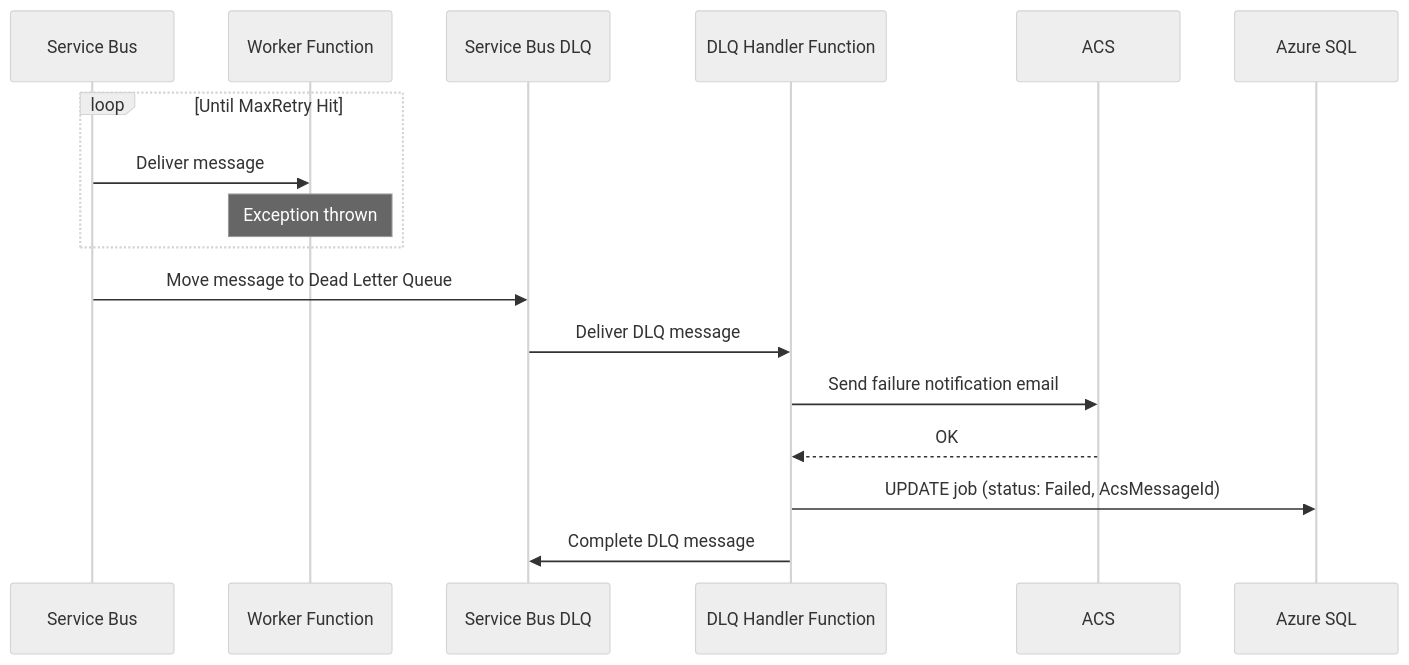
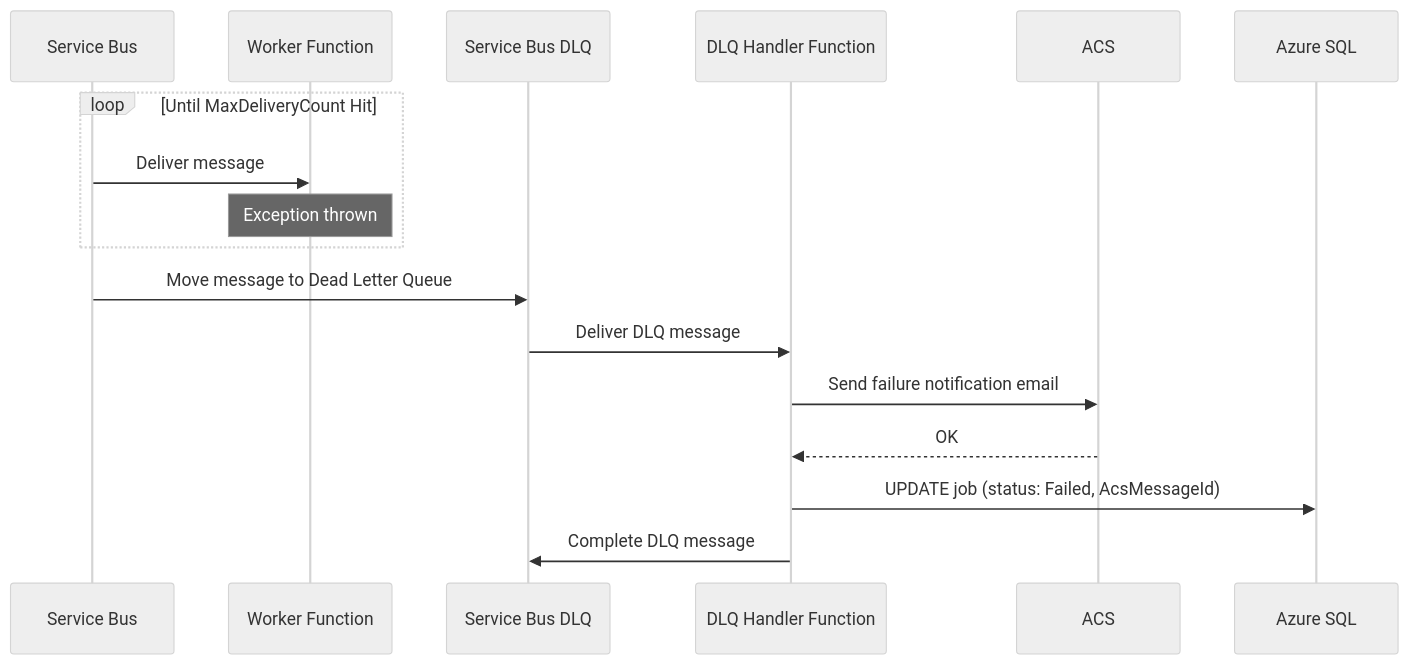
The second of 6 diagrams in Docs/sequence-diagrams.md (VictorK1902/Dispatch), drawn with Mermaid (neutral theme) before and after one commit. The commit also changed 7 other files, not shown here.

````diff
--- a/Docs/sequence-diagrams.md
+++ b/Docs/sequence-diagrams.md
@@ -29,21 +29,21 @@
 ```mermaid
 sequenceDiagram
     participant SB as Service Bus
     participant Worker as Worker Function
     participant DLQ as Service Bus DLQ
     participant DLQHandler as DLQ Handler Function
     participant ACS
     participant SQL as Azure SQL
 
-    loop Until MaxRetry Hit
+    loop Until MaxDeliveryCount Hit
       SB->>Worker: Deliver message
       Note over Worker: Exception thrown
     end    
 
     SB->>DLQ: Move message to Dead Letter Queue
     DLQ->>DLQHandler: Deliver DLQ message
     DLQHandler->>ACS: Send failure notification email
     ACS-->>DLQHandler: OK
     DLQHandler->>SQL: UPDATE job (status: Failed, AcsMessageId)
     DLQHandler->>DLQ: Complete DLQ message
 ```
````
